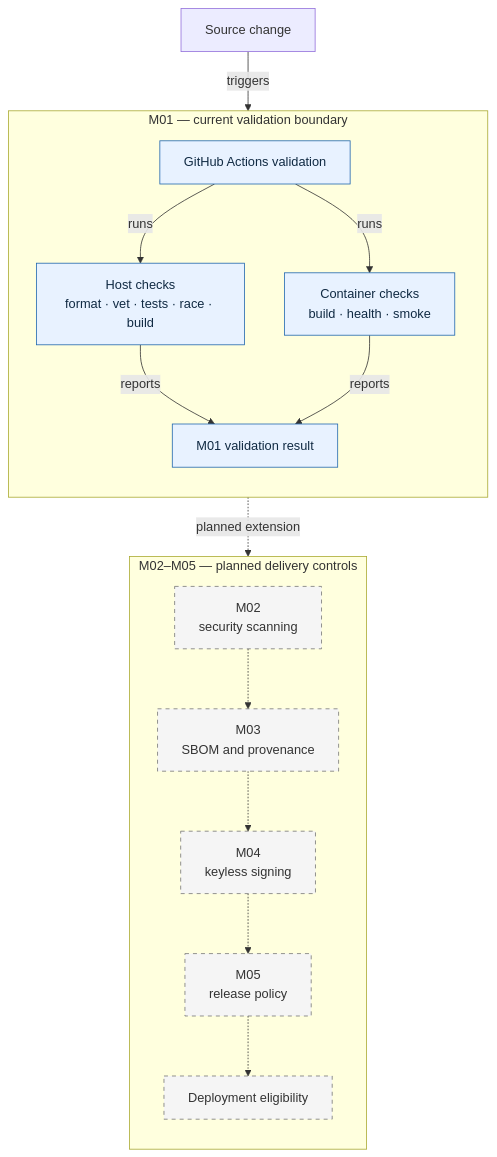
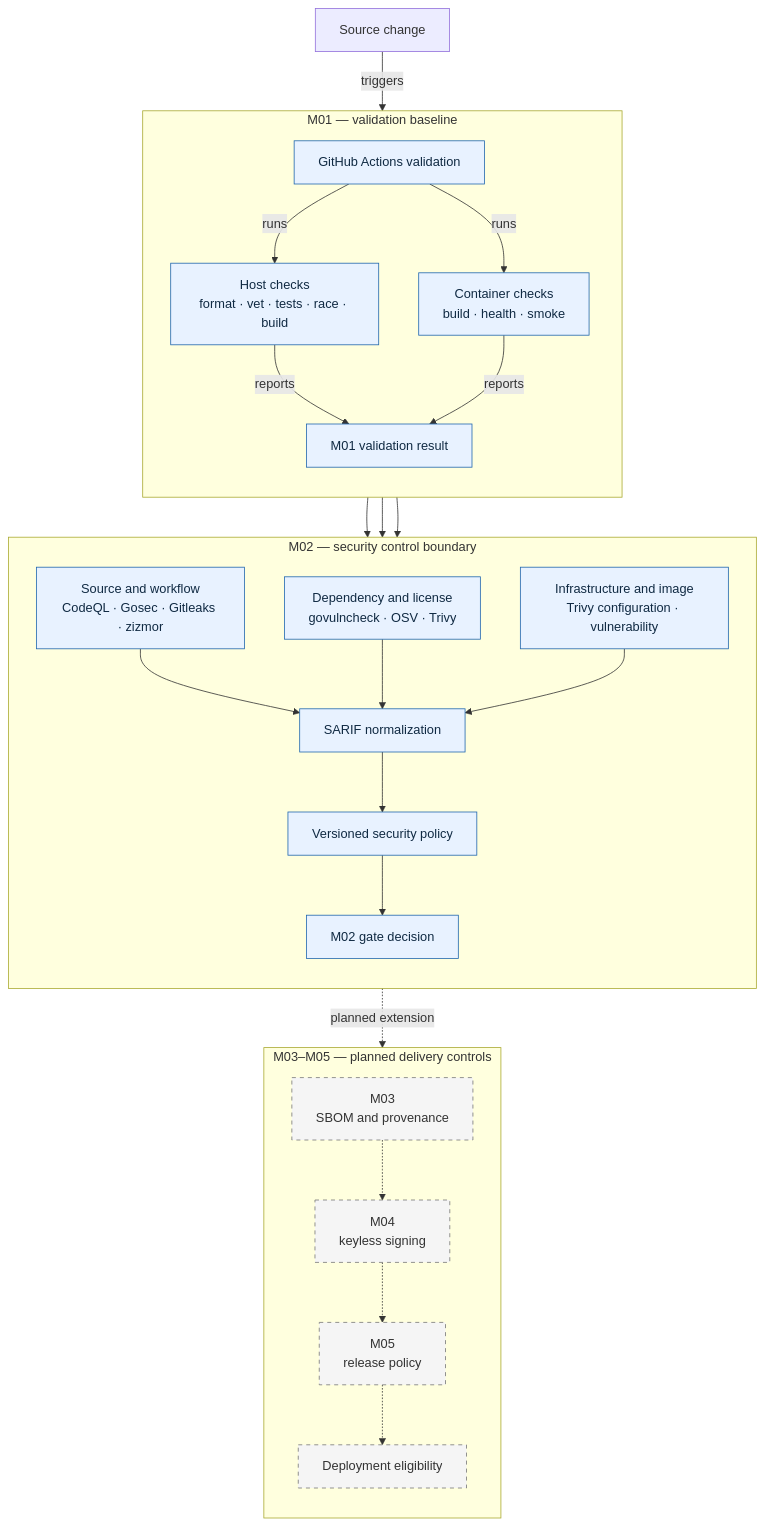
One commit to satishgampala/devsecops-supply-chain-template changed the diagram in docs/architecture/pipeline-flow.md. Above: the diagram before and after it, drawn with Mermaid. The commit also changed other lines of this file and 7 other files, not shown here.

Commit message:
docs: record M02 security scanning evidence

````diff
--- a/docs/architecture/pipeline-flow.md
+++ b/docs/architecture/pipeline-flow.md
@@ -5,27 +5,39 @@
 ```mermaid
 flowchart TB
   change[Source change] -->|triggers| ci[GitHub Actions validation]
 
-  subgraph current["M01 — current validation boundary"]
+  subgraph baseline["M01 — validation baseline"]
     direction TB
     ci -->|runs| host[Host checks<br/>format · vet · tests · race · build]
     ci -->|runs| container[Container checks<br/>build · health · smoke]
     host -->|reports| m01[M01 validation result]
     container -->|reports| m01
   end
 
-  subgraph future["M02–M05 — planned delivery controls"]
+  subgraph scanning["M02 — security control boundary"]
     direction TB
-    m02[M02<br/>security scanning] -.-> m03[M03<br/>SBOM and provenance]
+    m01 --> source[Source and workflow<br/>CodeQL · Gosec · Gitleaks · zizmor]
+    m01 --> dependency[Dependency and license<br/>govulncheck · OSV · Trivy]
+    m01 --> artifact[Infrastructure and image<br/>Trivy configuration · vulnerability]
+    source --> normalize[SARIF normalization]
+    dependency --> normalize
+    artifact --> normalize
+    normalize --> policy[Versioned security policy]
+    policy --> m02[M02 gate decision]
+  end
+
+  subgraph future["M03–M05 — planned delivery controls"]
+    direction TB
+    m03[M03<br/>SBOM and provenance]
     m03 -.-> m04[M04<br/>keyless signing]
     m04 -.-> m05[M05<br/>release policy]
     m05 -.-> eligibility[Deployment eligibility]
   end
 
-  m01 -.->|planned extension| m02
+  m02 -.->|planned extension| m03
 
   classDef currentNode fill:#e8f2ff,stroke:#2167ae,color:#102a43;
   classDef planned fill:#f5f5f5,stroke:#777,stroke-dasharray:5 5,color:#333;
-  class ci,host,container,m01 currentNode;
-  class m02,m03,m04,m05,eligibility planned;
+  class ci,host,container,m01,source,dependency,artifact,normalize,policy,m02 currentNode;
+  class m03,m04,m05,eligibility planned;
 ```
````
